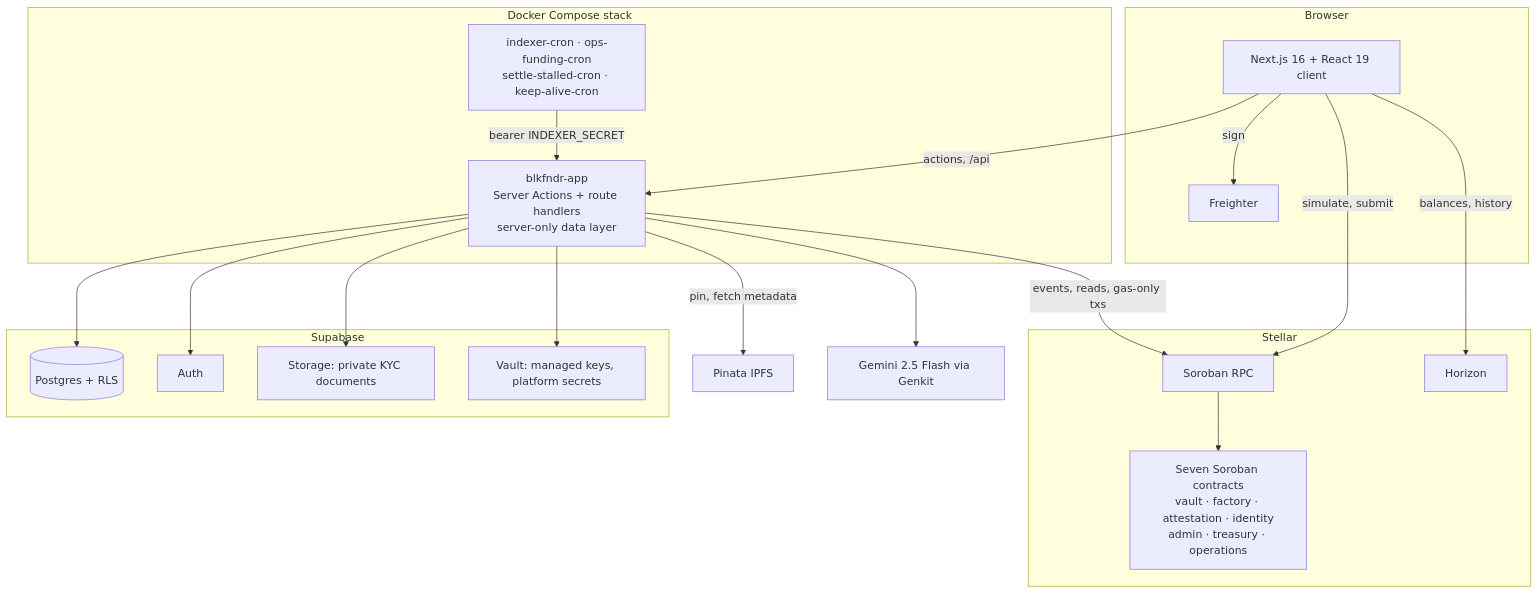
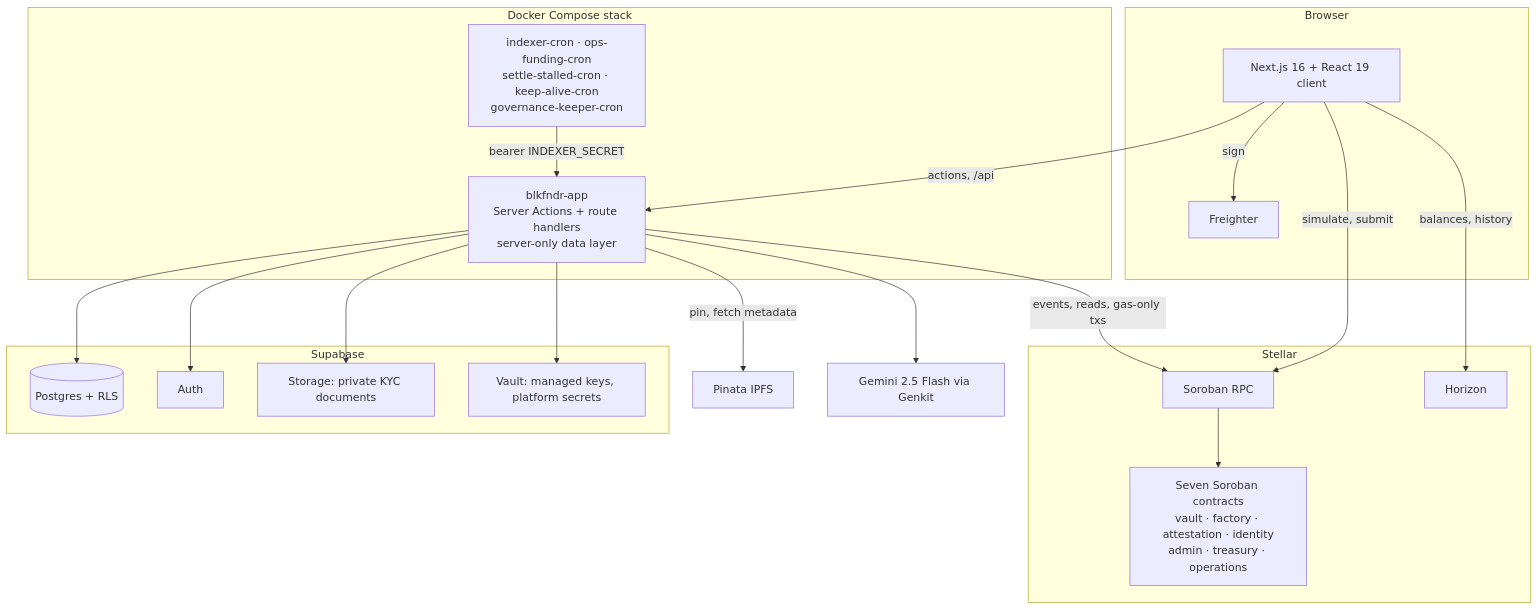
The diagram in docs/architecture.md (BLKFNDRPH/blkfndrapp), drawn with Mermaid before and after one commit. The commit also changed other lines of this file and 7 other files, not shown here.

````diff
--- a/docs/architecture.md
+++ b/docs/architecture.md
@@ -7,42 +7,42 @@
 ```mermaid
 graph TB
     subgraph Browser
         UI[Next.js 16 + React 19 client]
         FW[Freighter]
     end
 
     subgraph "Docker Compose stack"
         APP[blkfndr-app<br/>Server Actions + route handlers<br/>server-only data layer]
-        CRON[indexer-cron · ops-funding-cron<br/>settle-stalled-cron · keep-alive-cron]
+        CRON[indexer-cron · ops-funding-cron<br/>settle-stalled-cron · keep-alive-cron<br/>governance-keeper-cron]
     end
 
     subgraph Stellar
         SRPC[Soroban RPC]
         HZN[Horizon]
         SUITE[Seven Soroban contracts<br/>vault · factory · attestation · identity<br/>admin · treasury · operations]
     end
 
     subgraph Supabase
         PG[(Postgres + RLS)]
         AUTH[Auth]
         STG[Storage: private KYC documents]
         SV[Vault: managed keys, platform secrets]
     end
 
     PIN[Pinata IPFS]
     GEM[Gemini 2.5 Flash via Genkit]
 
     UI -->|actions, /api| APP
     UI -->|sign| FW
     UI -->|simulate, submit| SRPC
     UI -->|balances, history| HZN
     CRON -->|bearer INDEXER_SECRET| APP
     APP --> PG
     APP --> AUTH
     APP --> STG
     APP --> SV
     APP -->|pin, fetch metadata| PIN
     APP --> GEM
     APP -->|events, reads, gas-only txs| SRPC
     SRPC --> SUITE
 ```
````
